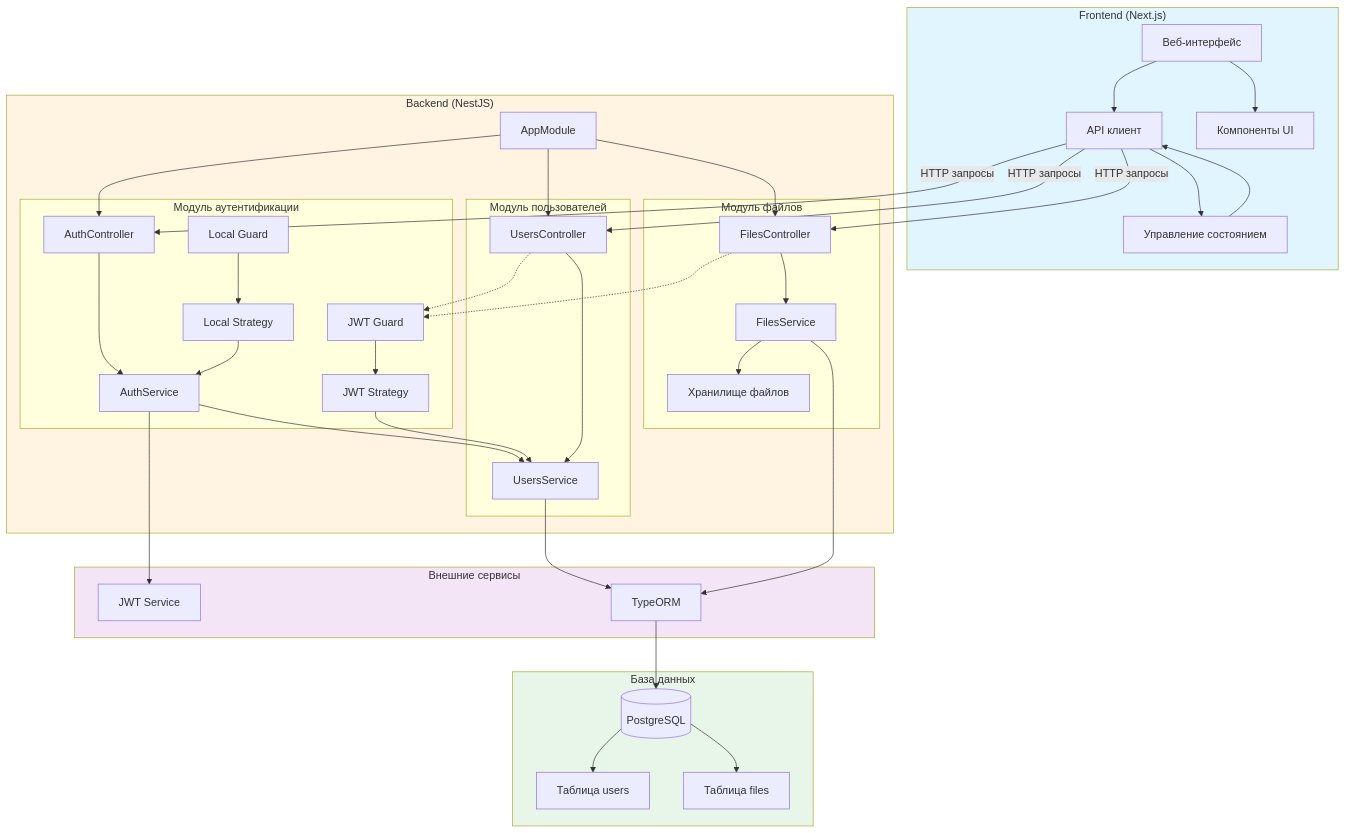
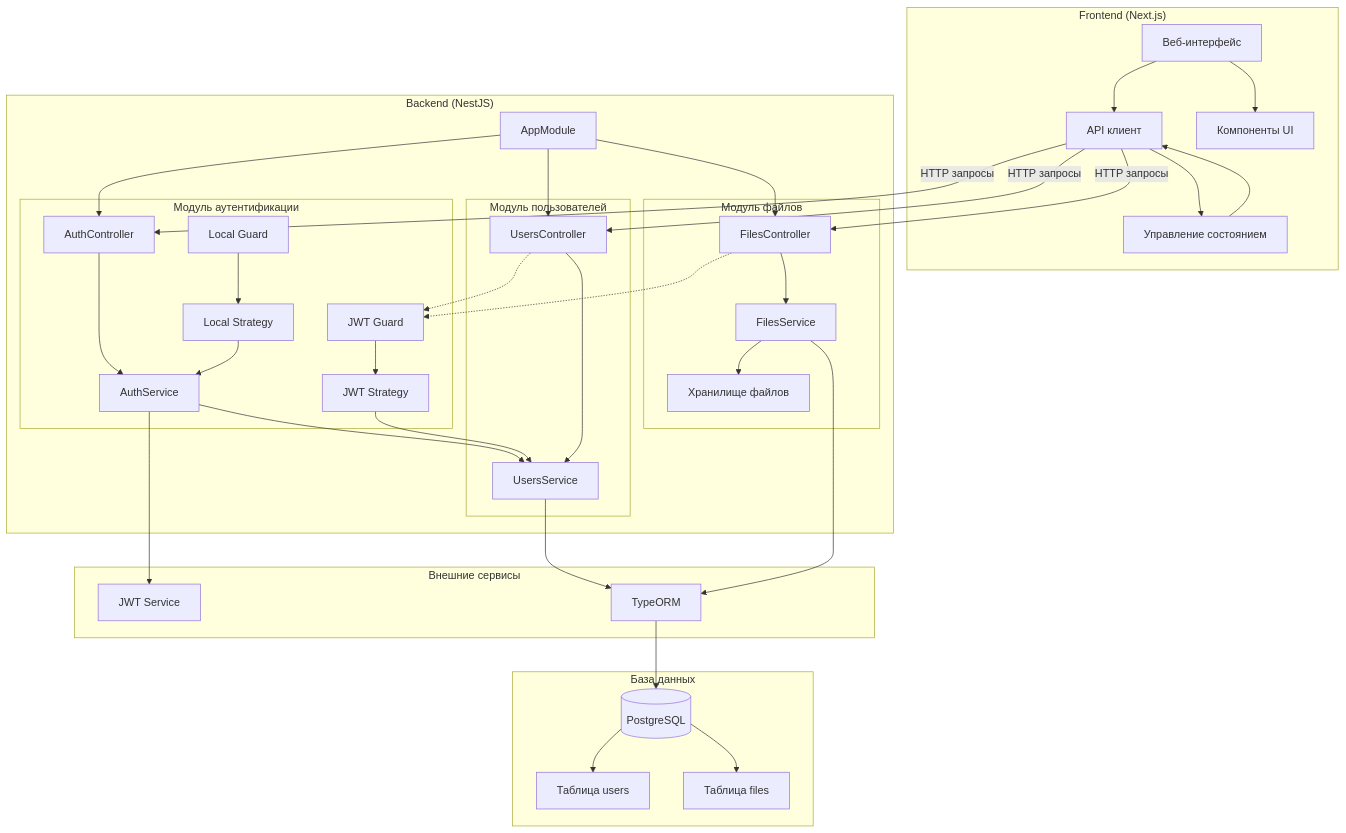
One commit to KyaamiRei/cloud-storage-frontend changed the diagram in uml-диаграммы/2-диаграмма-компонентов.mmd. Above: the diagram before and after it, drawn with Mermaid. The commit also changed 5 other files, not shown here.

Commit message:
Add detailed class and ER diagrams for user and file entities

```diff
--- a/uml-диаграммы/2-диаграмма-компонентов.mmd
+++ b/uml-диаграммы/2-диаграмма-компонентов.mmd
@@ -1,85 +1,80 @@
 graph TB
     subgraph Frontend["Frontend (Next.js)"]
         FrontendApp[Веб-интерфейс]
         APIClient[API клиент]
         StateManagement[Управление состоянием]
         UIComponents[Компоненты UI]
     end
 
     subgraph Backend["Backend (NestJS)"]
         subgraph AuthModule["Модуль аутентификации"]
             AuthCtrl[AuthController]
             AuthSvc[AuthService]
             JWTStrategy[JWT Strategy]
             LocalStrategy[Local Strategy]
             JWTGuard[JWT Guard]
             LocalGuard[Local Guard]
         end
         
         subgraph UsersModule["Модуль пользователей"]
             UsersCtrl[UsersController]
             UsersSvc[UsersService]
         end
         
         subgraph FilesModule["Модуль файлов"]
             FilesCtrl[FilesController]
             FilesSvc[FilesService]
             FileStorage[Хранилище файлов]
         end
         
         AppModule[AppModule]
     end
 
     subgraph Database["База данных"]
         PostgreSQL[(PostgreSQL)]
         UsersTable[Таблица users]
         FilesTable[Таблица files]
     end
 
     subgraph External["Внешние сервисы"]
         JWTService[JWT Service]
         TypeORM[TypeORM]
     end
 
     %% Связи Frontend
     FrontendApp --> APIClient
     APIClient --> StateManagement
     FrontendApp --> UIComponents
     StateManagement --> APIClient
 
     %% Связи Backend
     AppModule --> AuthCtrl
     AppModule --> UsersCtrl
     AppModule --> FilesCtrl
 
     AuthCtrl --> AuthSvc
     AuthSvc --> UsersSvc
     AuthSvc --> JWTService
     JWTStrategy --> UsersSvc
     LocalStrategy --> AuthSvc
     JWTGuard --> JWTStrategy
     LocalGuard --> LocalStrategy
 
     UsersCtrl --> UsersSvc
     UsersCtrl -.-> JWTGuard
 
     FilesCtrl --> FilesSvc
     FilesCtrl -.-> JWTGuard
     FilesSvc --> FileStorage
 
     %% Связи с базой данных
     UsersSvc --> TypeORM
     FilesSvc --> TypeORM
     TypeORM --> PostgreSQL
     PostgreSQL --> UsersTable
     PostgreSQL --> FilesTable
 
     %% Связи Frontend-Backend
     APIClient -->|HTTP запросы| AuthCtrl
     APIClient -->|HTTP запросы| UsersCtrl
     APIClient -->|HTTP запросы| FilesCtrl
-
-    style Frontend fill:#e1f5ff
-    style Backend fill:#fff4e1
-    style Database fill:#e8f5e9
-    style External fill:#f3e5f5
```
